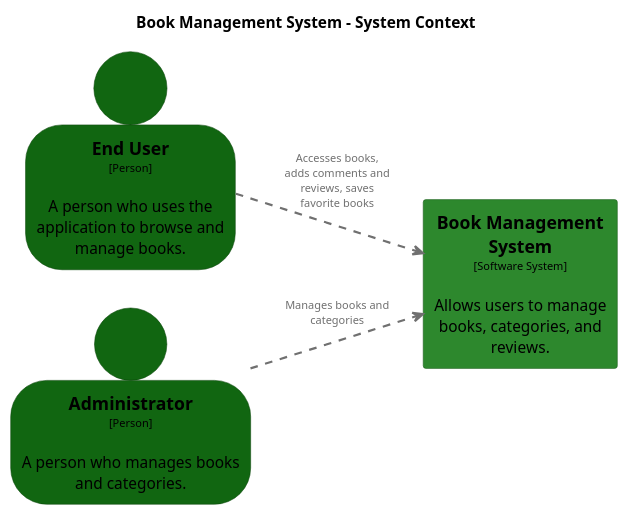
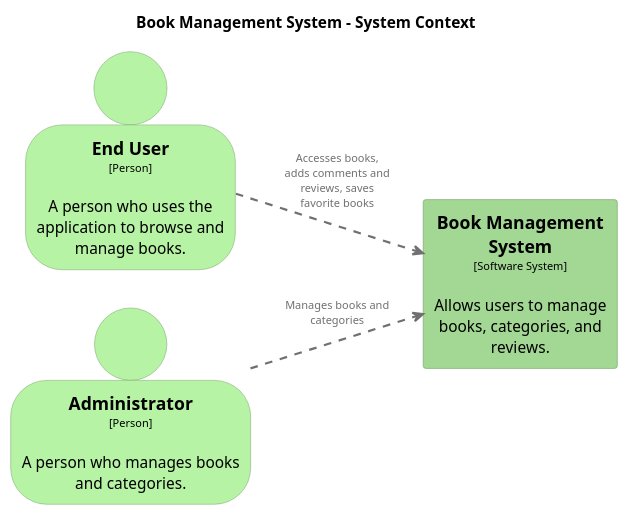
The diagram in backend/diagrams/structurizr-System_Context.puml (unibuc-cs/software-engineering-product-code-girls), drawn with PlantUML before and after one commit. The commit also changed 9 other files, not shown here.

Commit message:
diagrame C4

```diff
--- a/backend/diagrams/structurizr-System_Context.puml
+++ b/backend/diagrams/structurizr-System_Context.puml
@@ -1,41 +1,41 @@
 @startuml
 set separator none
 title Book Management System - System Context
 
 left to right direction
 
 skinparam {
   arrowFontSize 10
   defaultTextAlignment center
   wrapWidth 200
   maxMessageSize 100
 }
 
 hide stereotype
 
 skinparam person<<Administrator>> {
-  BackgroundColor #116611
+  BackgroundColor #b6f3a4
   FontColor #000000
-  BorderColor #0b470b
+  BorderColor #7faa72
   shadowing false
 }
 skinparam rectangle<<BookManagementSystem>> {
-  BackgroundColor #2d882d
+  BackgroundColor #a3d794
   FontColor #000000
-  BorderColor #1f5f1f
+  BorderColor #729667
   shadowing false
 }
 skinparam person<<EndUser>> {
-  BackgroundColor #116611
+  BackgroundColor #b6f3a4
   FontColor #000000
-  BorderColor #0b470b
+  BorderColor #7faa72
   shadowing false
 }
 
 person "==End User\n<size:10>[Person]</size>\n\nA person who uses the application to browse and manage books." <<EndUser>> as EndUser
 person "==Administrator\n<size:10>[Person]</size>\n\nA person who manages books and categories." <<Administrator>> as Administrator
 rectangle "==Book Management System\n<size:10>[Software System]</size>\n\nAllows users to manage books, categories, and reviews." <<BookManagementSystem>> as BookManagementSystem
 
 EndUser .[#707070,thickness=2].> BookManagementSystem : "<color:#707070>Accesses books, adds comments and reviews, saves favorite books"
 Administrator .[#707070,thickness=2].> BookManagementSystem : "<color:#707070>Manages books and categories"
 @enduml
```
